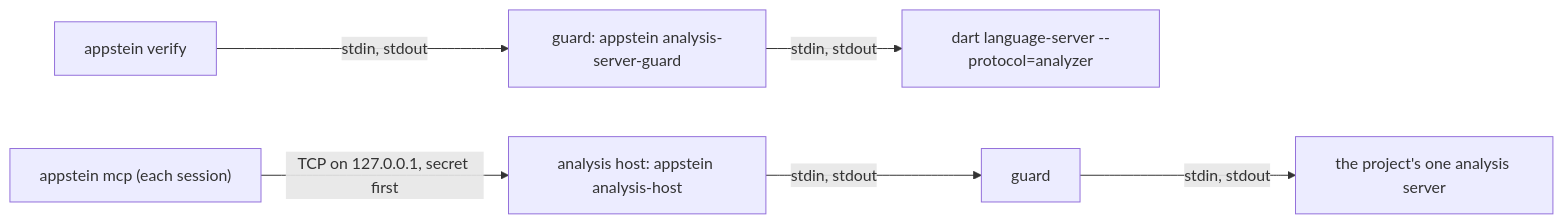
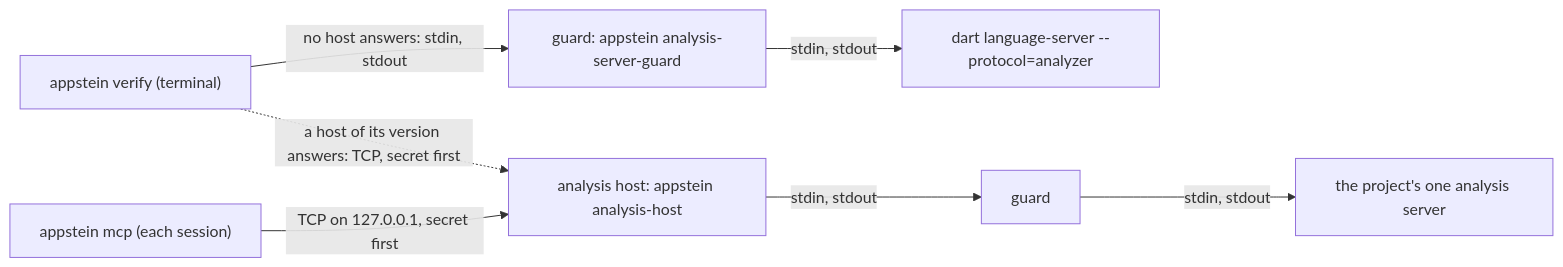
One commit to UTTAM-VAGHASIA/appstein changed the diagram in docs/guide/verify.md. Above: the diagram before and after it, drawn with Mermaid. The commit also changed other lines of this file and 18 other files, not shown here.

First line of the commit message:
feat(verify): a terminal verify uses a running analysis host

````diff
--- a/docs/guide/verify.md
+++ b/docs/guide/verify.md
@@ -644,8 +644,9 @@
 ```mermaid
 flowchart LR
-  V["appstein verify"] -- "stdin, stdout" --> G["guard: appstein analysis-server-guard"]
+  V["appstein verify (terminal)"] -- "no host answers: stdin, stdout" --> G["guard: appstein analysis-server-guard"]
   G -- "stdin, stdout" --> S["dart language-server --protocol=analyzer"]
-  M["appstein mcp (each session)"] -- "TCP on 127.0.0.1, secret first" --> H["analysis host: appstein analysis-host"]
+  V -. "a host of its version answers: TCP, secret first" .-> H["analysis host: appstein analysis-host"]
+  M["appstein mcp (each session)"] -- "TCP on 127.0.0.1, secret first" --> H
   H -- "stdin, stdout" --> G2["guard"]
   G2 -- "stdin, stdout" --> S2["the project's one analysis server"]
 ```
````
